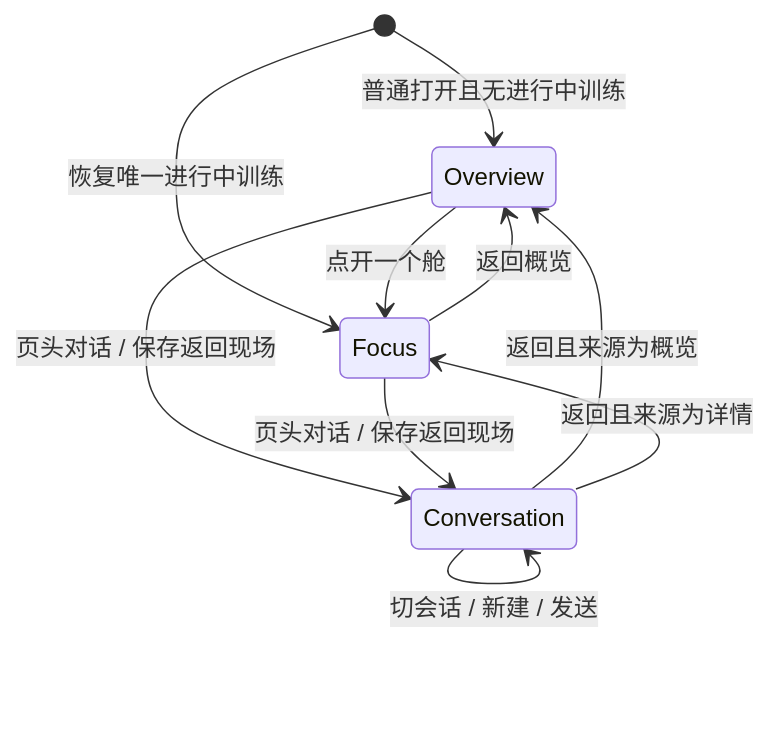
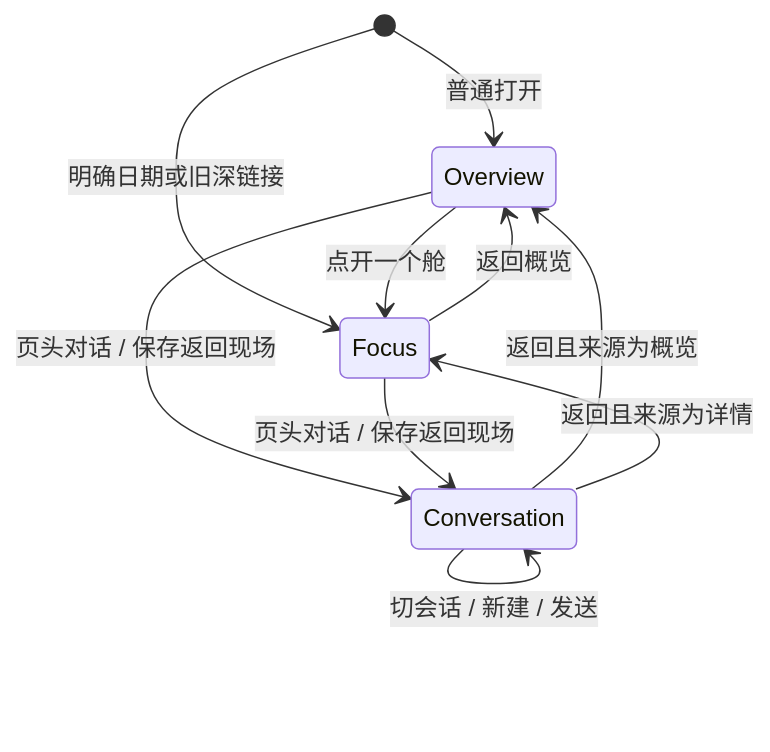
Before and after one commit to yelonhu/lowkkey: the first of 7 diagrams in SPEC.md, drawn with Mermaid. The commit also changed other lines of this file and 47 other files, not shown here.

````diff
--- a/SPEC.md
+++ b/SPEC.md
@@ -235,12 +235,12 @@
 ```mermaid
 stateDiagram-v2
-    [*] --> Overview: 普通打开且无进行中训练
-    [*] --> Focus: 恢复唯一进行中训练
+    [*] --> Overview: 普通打开
+    [*] --> Focus: 明确日期或旧深链接
     Overview --> Focus: 点开一个舱
     Focus --> Overview: 返回概览
     Overview --> Conversation: 页头对话 / 保存返回现场
     Focus --> Conversation: 页头对话 / 保存返回现场
     Conversation --> Conversation: 切会话 / 新建 / 发送
     Conversation --> Overview: 返回且来源为概览
     Conversation --> Focus: 返回且来源为详情
 ```
````
